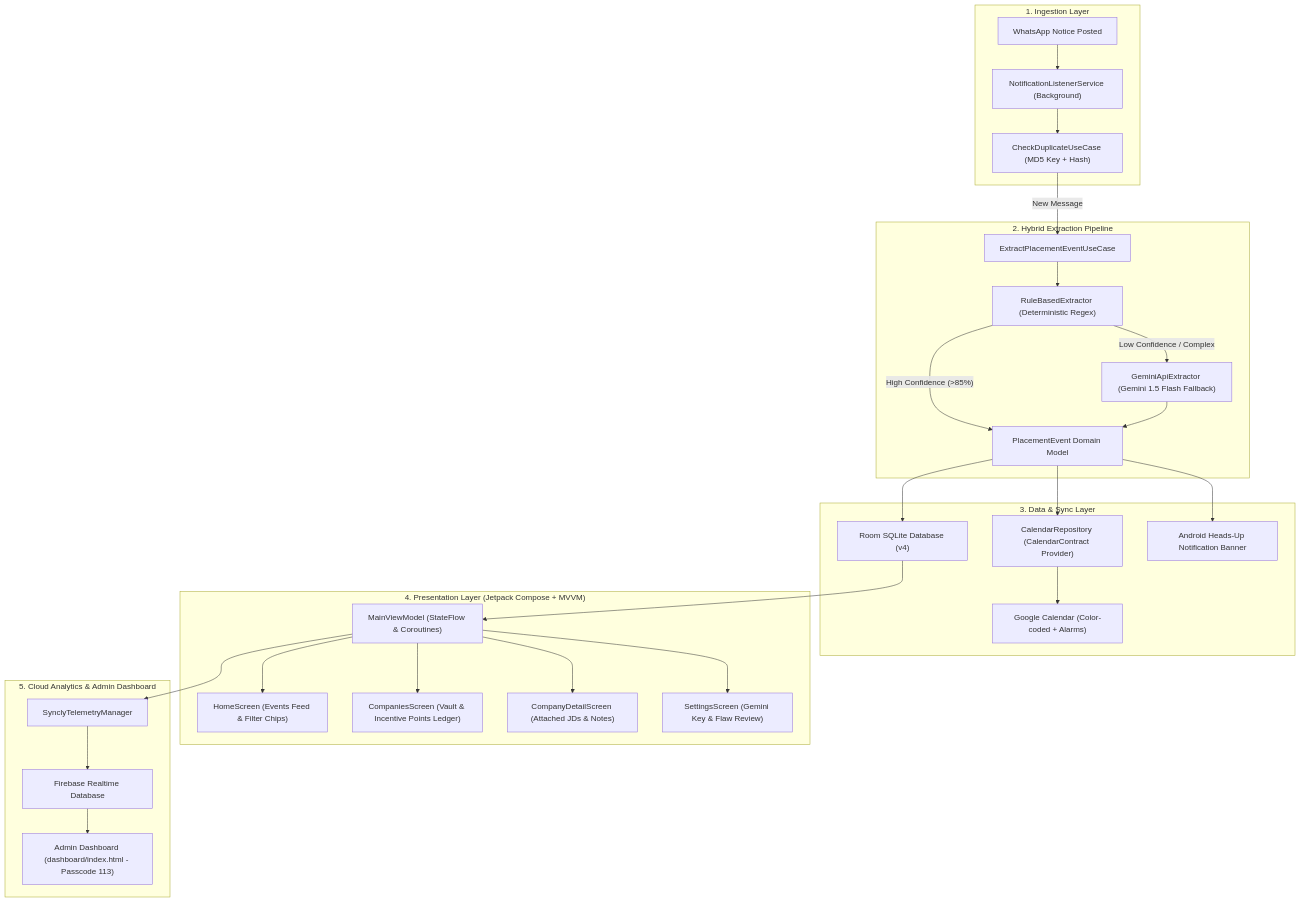
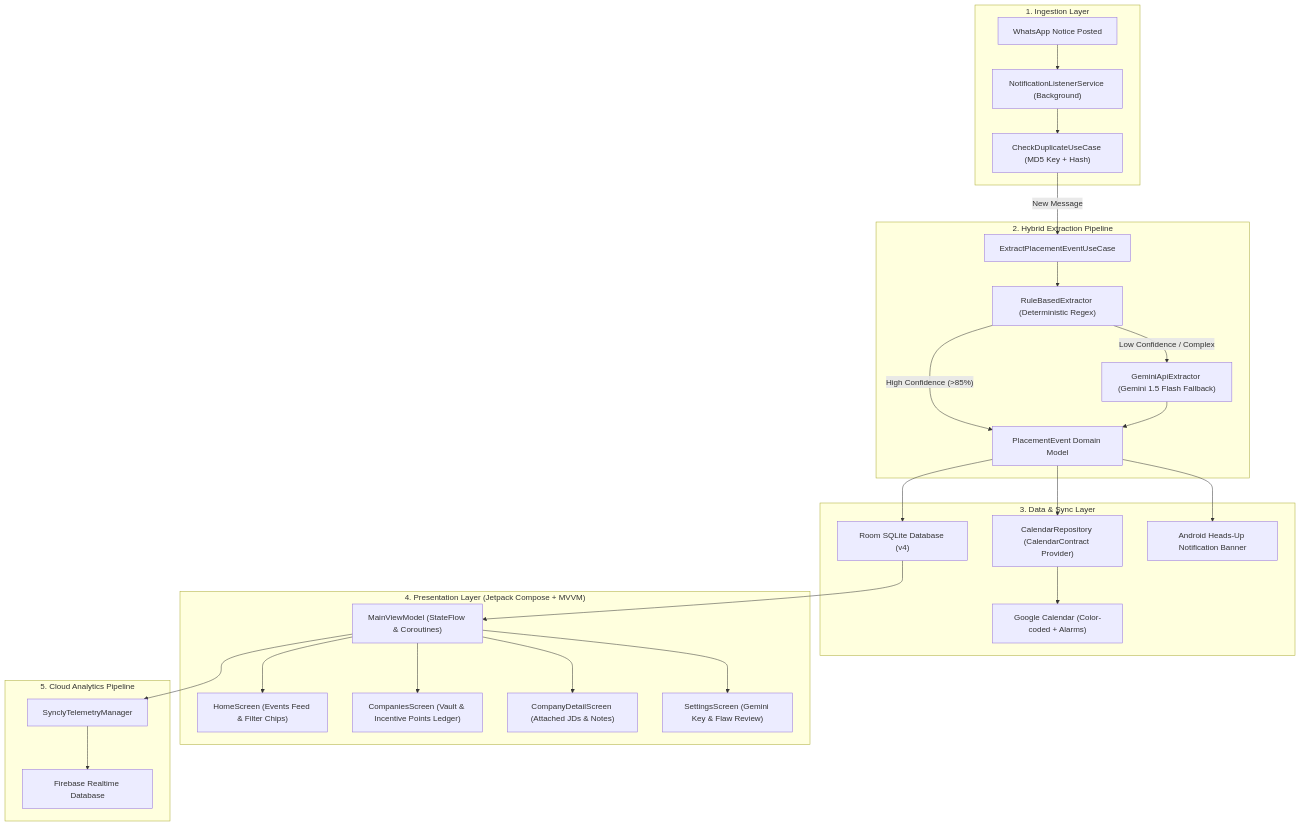
The diagram in docs/INTERVIEW_GUIDE.md (RUTWIK113/syncly), drawn with Mermaid before and after one commit. The commit also changed other lines of this file and 1 other file, not shown here.

Commit message:
chore: ensure 100% privacy and remove any references to internal dashboard

````diff
--- a/docs/INTERVIEW_GUIDE.md
+++ b/docs/INTERVIEW_GUIDE.md
@@ -43,36 +43,35 @@
 ```mermaid
 flowchart TD
     subgraph INGESTION["1. Ingestion Layer"]
         WA["WhatsApp Notice Posted"] --> NLS["NotificationListenerService (Background)"]
         NLS --> DUP["CheckDuplicateUseCase (MD5 Key + Hash)"]
     end
 
     subgraph PIPELINE["2. Hybrid Extraction Pipeline"]
         DUP -- "New Message" --> EXTRACTOR["ExtractPlacementEventUseCase"]
         EXTRACTOR --> RULE["RuleBasedExtractor (Deterministic Regex)"]
         RULE -- "Low Confidence / Complex" --> GEMINI["GeminiApiExtractor (Gemini 1.5 Flash Fallback)"]
         RULE -- "High Confidence (>85%)" --> PARSED["PlacementEvent Domain Model"]
         GEMINI --> PARSED
     end
 
     subgraph PERSISTENCE["3. Data & Sync Layer"]
         PARSED --> ROOM["Room SQLite Database (v4)"]
         PARSED --> CALENDAR["CalendarRepository (CalendarContract Provider)"]
         CALENDAR --> GCAL["Google Calendar (Color-coded + Alarms)"]
         PARSED --> HEADS_UP["Android Heads-Up Notification Banner"]
     end
 
     subgraph PRESENTATION["4. Presentation Layer (Jetpack Compose + MVVM)"]
         ROOM --> VM["MainViewModel (StateFlow & Coroutines)"]
         VM --> HOME["HomeScreen (Events Feed & Filter Chips)"]
         VM --> VAULT["CompaniesScreen (Vault & Incentive Points Ledger)"]
         VM --> DETAIL["CompanyDetailScreen (Attached JDs & Notes)"]
         VM --> SETTINGS["SettingsScreen (Gemini Key & Flaw Review)"]
     end
 
-    subgraph TELEMETRY["5. Cloud Analytics & Admin Dashboard"]
+    subgraph TELEMETRY["5. Cloud Analytics Pipeline"]
         VM --> TELEMETRY_MGR["SynclyTelemetryManager"]
         TELEMETRY_MGR --> FIREBASE["Firebase Realtime Database"]
-        FIREBASE --> DASHBOARD["Admin Dashboard (dashboard/index.html - Passcode 113)"]
     end
 ```
````
